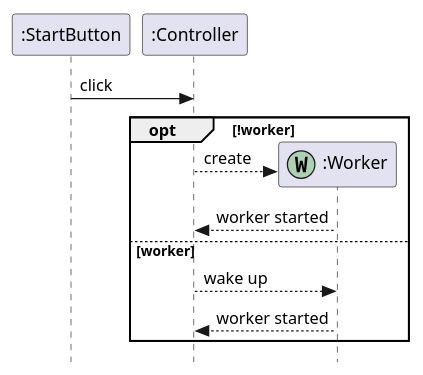
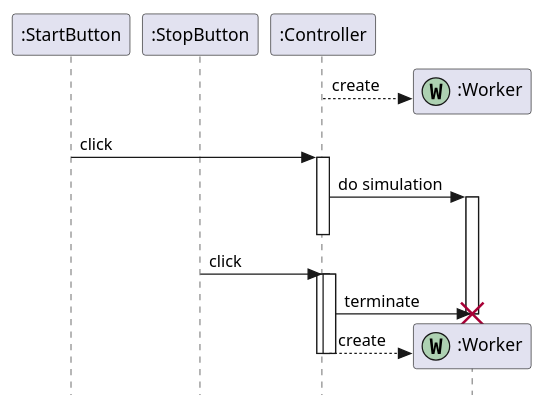
Before and after one commit to fuhrmanator/melee-sim-ts: the diagram in src/worker_messaging.puml, drawn with PlantUML. The commit also changed 15 other files, not shown here.

```diff
--- a/src/worker_messaging.puml
+++ b/src/worker_messaging.puml
@@ -1,17 +1,20 @@
 @startuml WorkerMessaging
 skinparam Style strictuml
 participant start as ":StartButton"
+participant stop as ":StopButton"
 participant controller as ":Controller" 
 participant worker as ":Worker" <<(W,#ADD1B2)>>
+autoactivate on
 
+create worker
+controller --> worker : create
 start -> controller : click
-opt !worker
-    create worker
-    controller --> worker : create
-    worker --> controller : worker started
-else worker
-    controller --> worker : wake up
-    worker --> controller : worker started
-end
+controller -> worker : do simulation
+deactivate controller
+stop -> controller : click
+activate controller
+controller -> worker !! : terminate
+create worker
+controller --> worker : create
 
 @enduml
```
